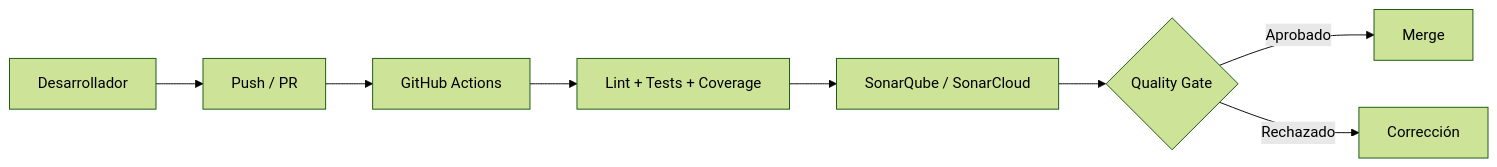
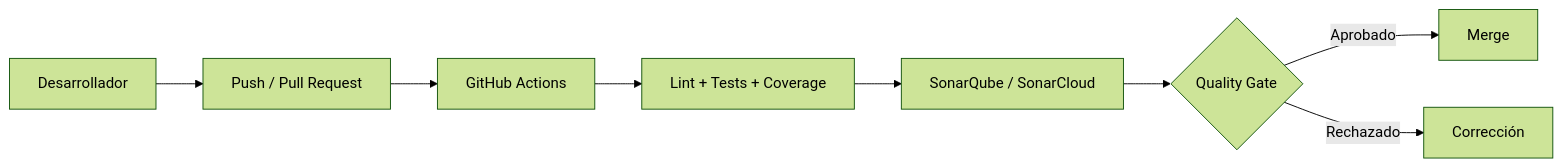
One commit to alemirella/Tproyectos_cod changed the second of 7 diagrams in docs/INFORME_TECNICO_INTEGRAL_7_2.md. Above: the diagram before and after it, drawn with Mermaid (forest theme). The commit also changed other lines of this file, not shown here.

````diff
--- a/docs/INFORME_TECNICO_INTEGRAL_7_2.md
+++ b/docs/INFORME_TECNICO_INTEGRAL_7_2.md
@@ -118,10 +165,10 @@
 ```mermaid
 flowchart LR
-    DEV[Desarrollador] --> GIT[Push / PR]
+    DEV[Desarrollador] --> GIT[Push / Pull Request]
     GIT --> CI[GitHub Actions]
     CI --> TEST[Lint + Tests + Coverage]
     TEST --> SONAR[SonarQube / SonarCloud]
     SONAR --> GATE{Quality Gate}
     GATE -->|Aprobado| MERGE[Merge]
     GATE -->|Rechazado| FIX[Corrección]
 ```
````
